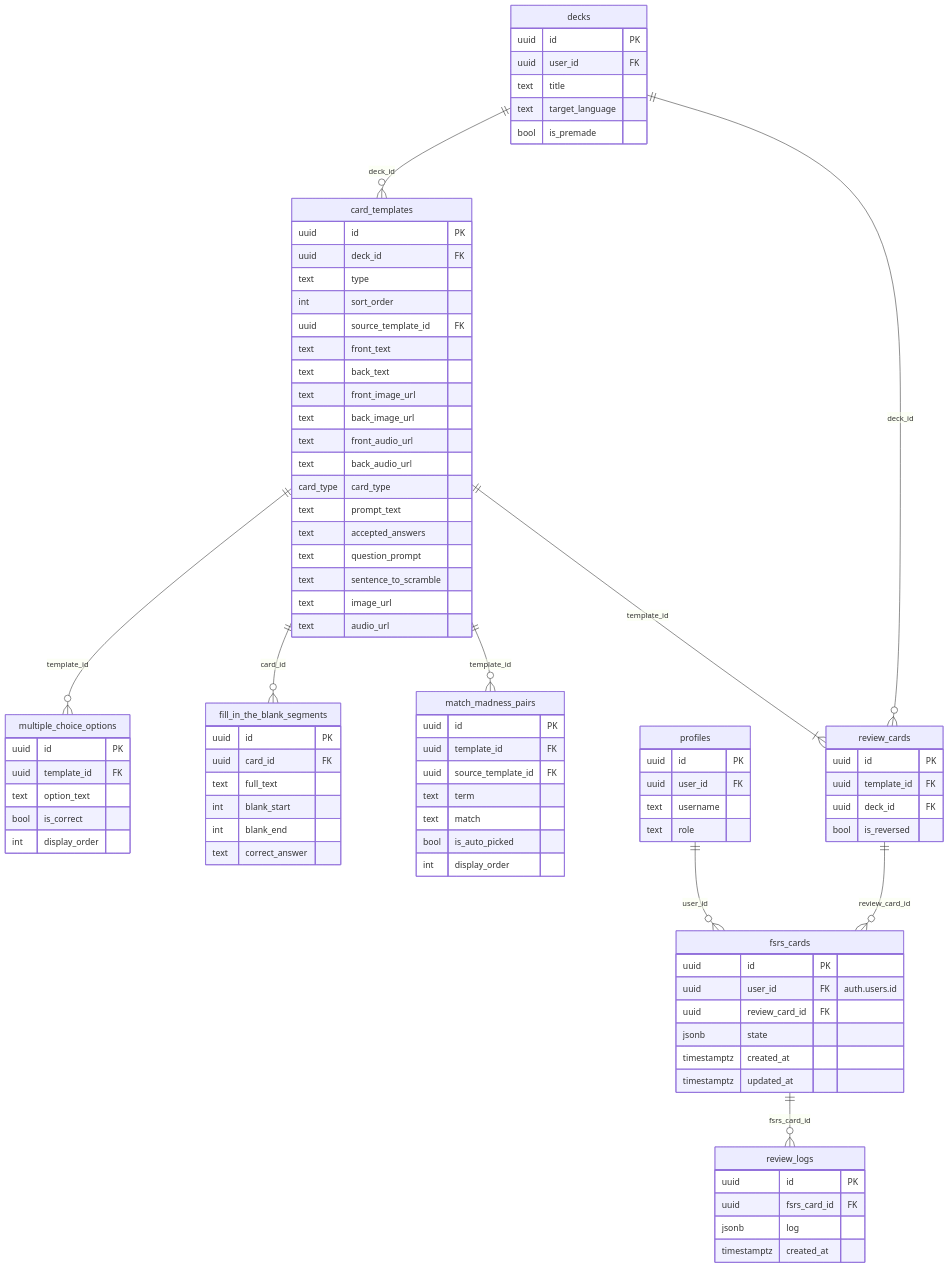
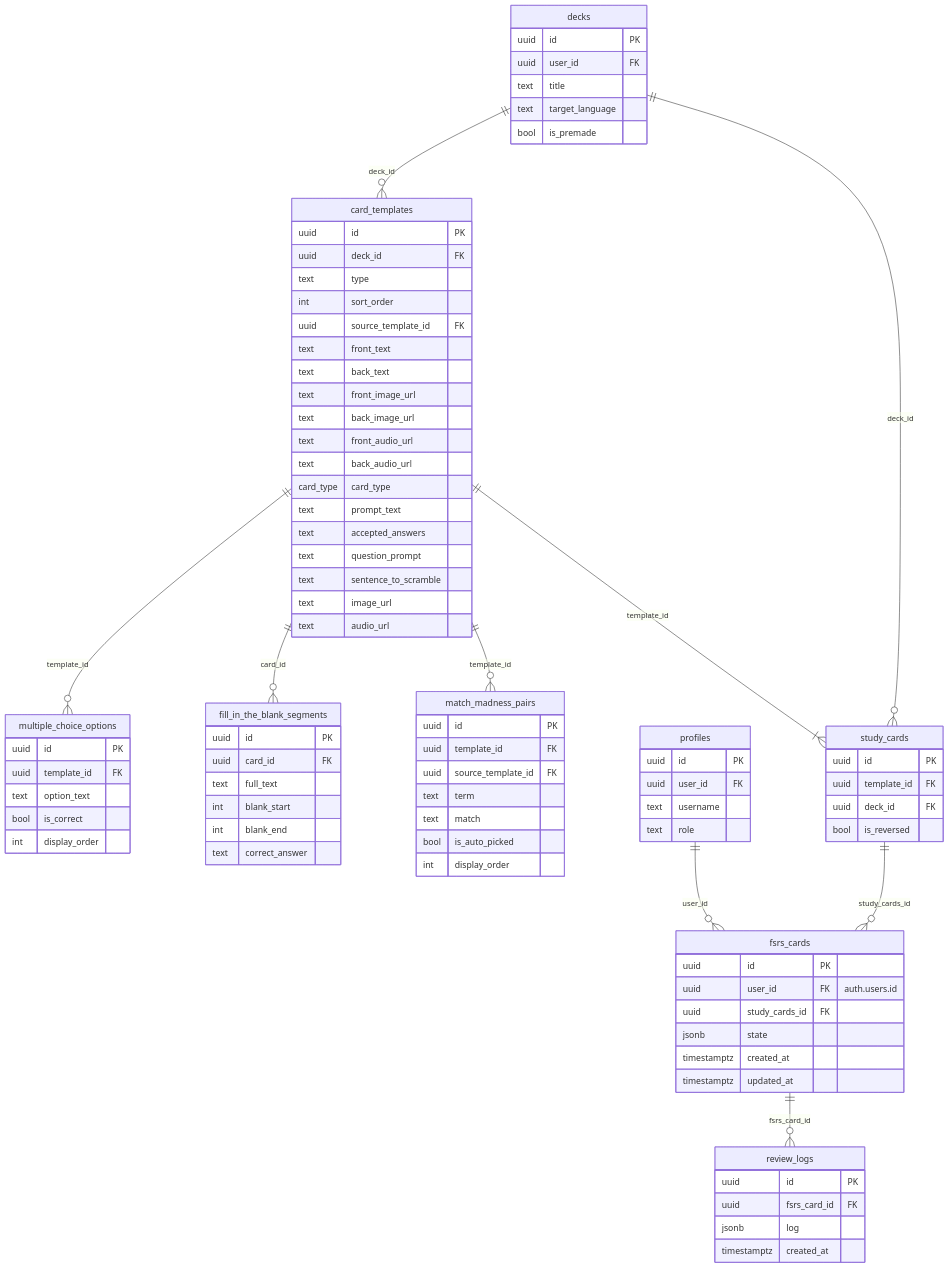
Before and after one commit to GuyWithBag/boo_mondai: the diagram in documentation/card_system.md, drawn with Mermaid. The commit also changed other lines of this file and 64 other files, not shown here.

Commit message:
refactor(StudyCard): Renamed ReviewCard to StudyCard and changed folder structure accordingly

````diff
--- a/documentation/card_system.md
+++ b/documentation/card_system.md
@@ -85,7 +85,7 @@
     int display_order
   }
 
-  review_cards {
+  study_cards {
     uuid id PK
     uuid template_id FK
     uuid deck_id FK
@@ -102,7 +102,7 @@
   fsrs_cards {
     uuid id PK
     uuid user_id FK "auth.users.id"
-    uuid review_card_id FK
+    uuid study_cards_id FK
     jsonb state
     timestamptz created_at
     timestamptz updated_at
@@ -119,9 +119,9 @@
   card_templates     ||--o{ multiple_choice_options : "template_id"
   card_templates     ||--o{ fill_in_the_blank_segments : "card_id"
   card_templates     ||--o{ match_madness_pairs     : "template_id"
-  card_templates     ||--|{ review_cards             : "template_id"
-  decks              ||--o{ review_cards             : "deck_id"
+  card_templates     ||--|{ study_cards             : "template_id"
+  decks              ||--o{ study_cards             : "deck_id"
   profiles           ||--o{ fsrs_cards               : "user_id"
-  review_cards       ||--o{ fsrs_cards               : "review_card_id"
+  study_cards       ||--o{ fsrs_cards               : "study_cards_id"
   fsrs_cards         ||--o{ review_logs              : "fsrs_card_id"
 ```
````
